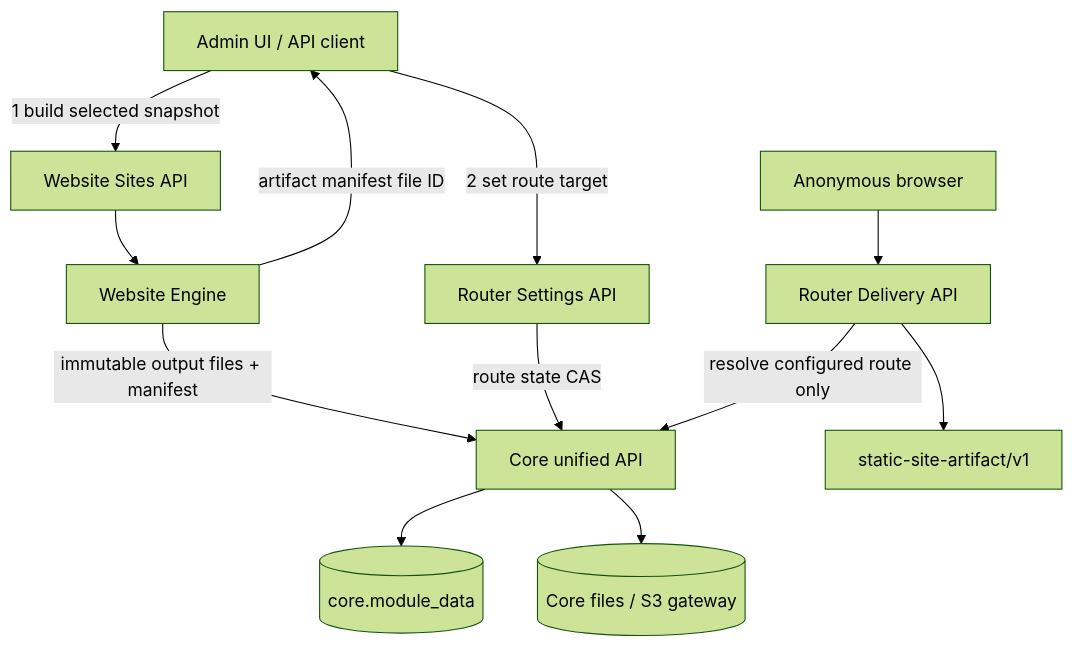
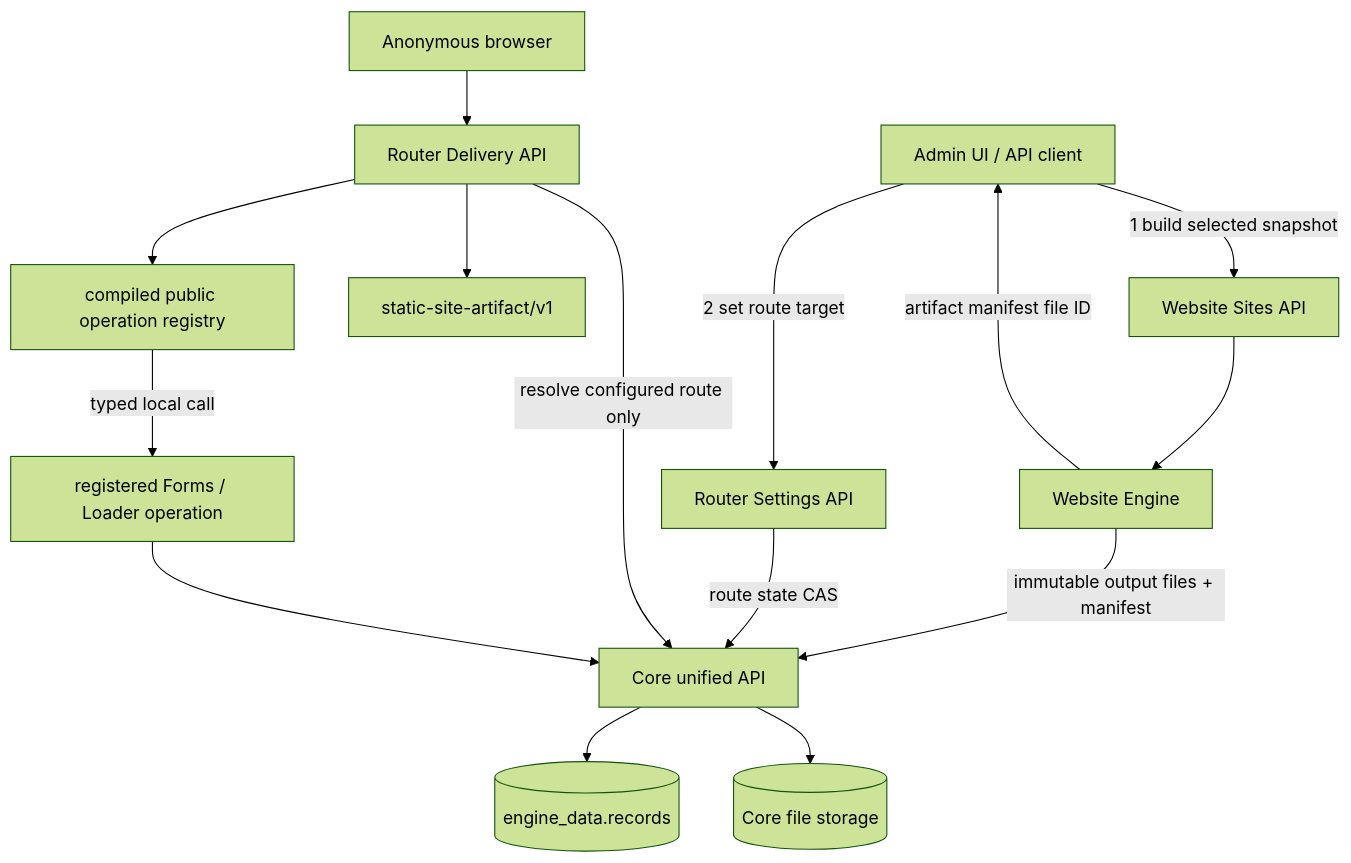
The first of 2 diagrams in spec/SPEC-router-engine.md (Zubrium/cdn), drawn with Mermaid (forest theme) before and after one commit. The commit also changed other lines of this file and 427 other files, not shown here.

First line of the commit message:
feat: migrate modular platform to target architecture

````diff
--- a/spec/SPEC-router-engine.md
+++ b/spec/SPEC-router-engine.md
@@ -16,24 +22,29 @@
 ```mermaid
 flowchart TB
     Client[Admin UI / API client]
     SiteAPI[Website Sites API]
     Website[Website Engine]
     Settings[Router Settings API]
     Delivery[Router Delivery API]
     Core[Core unified API]
-    Data[(core.module_data)]
-    Files[(Core files / S3 gateway)]
+    Data[(engine_data.records)]
+    Files[(Core file storage)]
     SiteArtifact[static-site-artifact/v1]
+    Registry[compiled public operation registry]
+    PublicOperation[registered Forms / Loader operation]
 
     Client -->|1 build selected snapshot| SiteAPI
     SiteAPI --> Website
     Website -->|immutable output files + manifest| Core
     Website -->|artifact manifest file ID| Client
     Client -->|2 set route target| Settings
     Settings -->|route state CAS| Core
     Core --> Data
     Public[Anonymous browser] --> Delivery
     Delivery -->|resolve configured route only| Core
     Core --> Files
     Delivery --> SiteArtifact
+    Delivery --> Registry
+    Registry -->|typed local call| PublicOperation
+    PublicOperation --> Core
 ```
````
